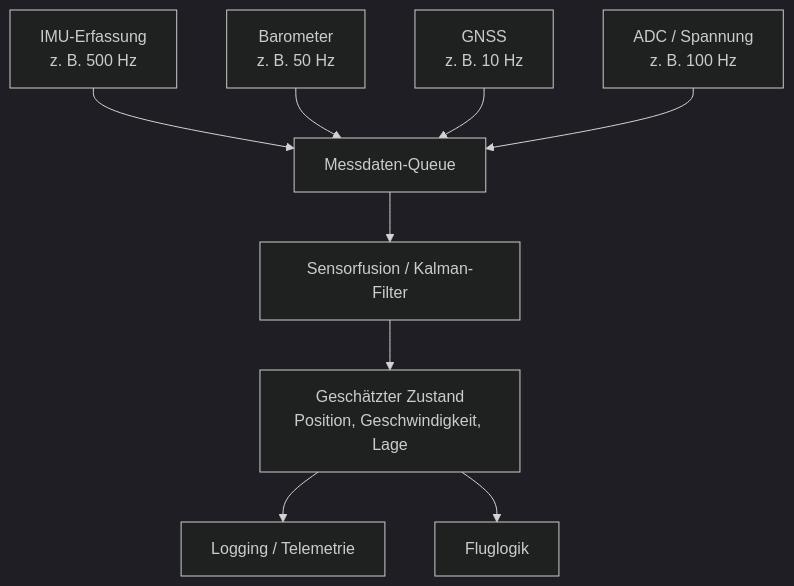
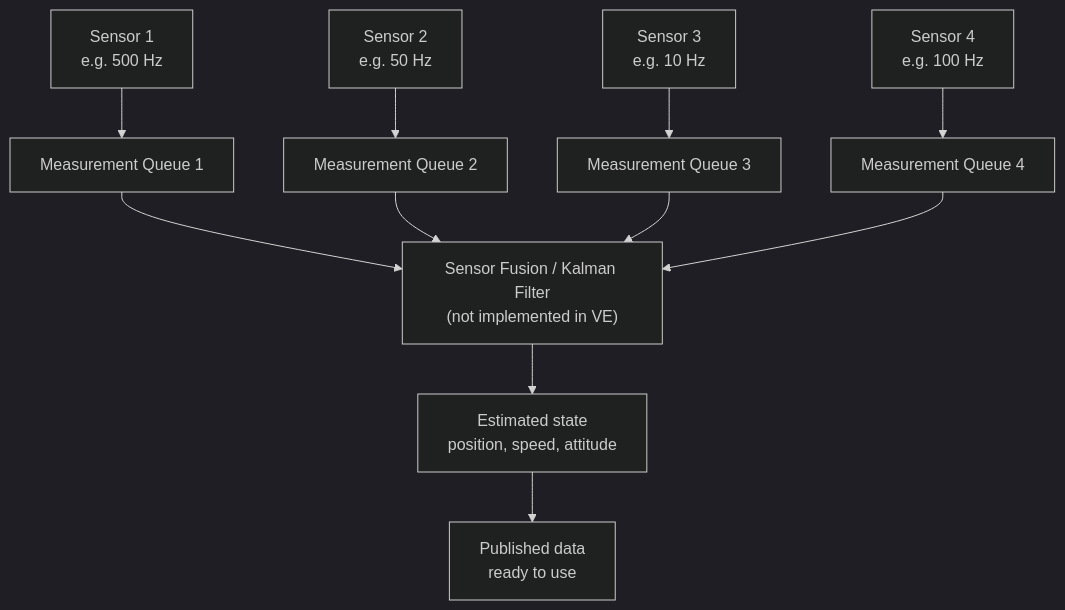
Before and after one commit to bears-space/vigilant-engine: the diagram in docs/telemetry-pipeline.md, drawn with Mermaid (dark theme). The commit also changed other lines of this file, not shown here.

````diff
--- a/docs/telemetry-pipeline.md
+++ b/docs/telemetry-pipeline.md
@@ -6,12 +5,15 @@
 ```mermaid
 flowchart TD
-    IMU["IMU-Erfassung<br>z. B. 500 Hz"] --> Q["Messdaten-Queue"]
-    BARO["Barometer<br>z. B. 50 Hz"] --> Q
-    GPS["GNSS<br>z. B. 10 Hz"] --> Q
-    ADC["ADC / Spannung<br>z. B. 100 Hz"] --> Q
+    IMU["Sensor 1<br>e.g. 500 Hz"] --> Q1["Measurement Queue 1"]
+    BARO["Sensor 2<br>e.g. 50 Hz"] --> Q2["Measurement Queue 2"]
+    GPS["Sensor 3<br>e.g. 10 Hz"] --> Q3["Measurement Queue 3"]
+    ADC["Sensor 4<br>e.g. 100 Hz"] --> Q4["Measurement Queue 4"]
 
-    Q --> KF["Sensorfusion / Kalman-Filter"]
-    KF --> STATE["Geschätzter Zustand<br>Position, Geschwindigkeit, Lage"]
-    STATE --> LOG["Logging / Telemetrie"]
-    STATE --> CTRL["Fluglogik"]
+    Q1 --> KF["Sensor Fusion / Kalman Filter<br>(not implemented in VE)"]
+    Q2 --> KF
+    Q3 --> KF
+    Q4 --> KF
+
+    KF --> STATE["Estimated state<br>position, speed, attitude"]
+    STATE --> LOG["Published data<br>ready to use"]
 ```
````
